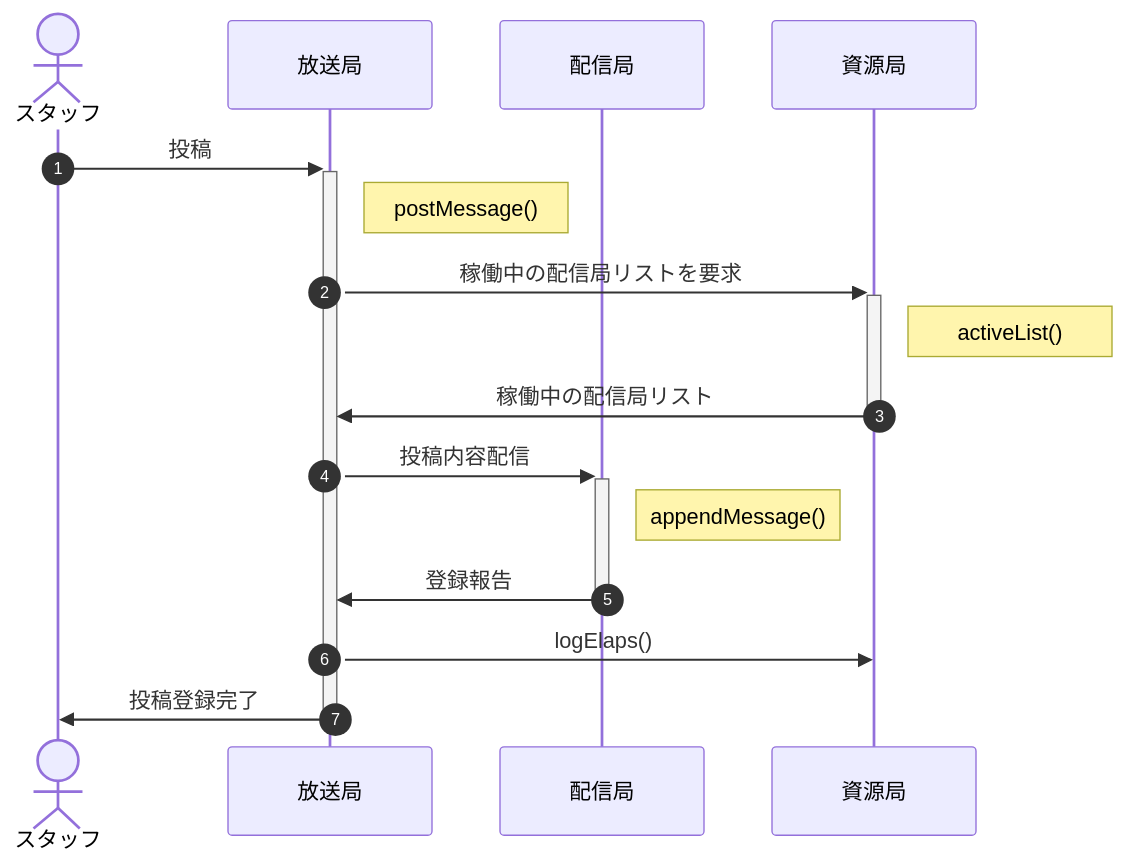
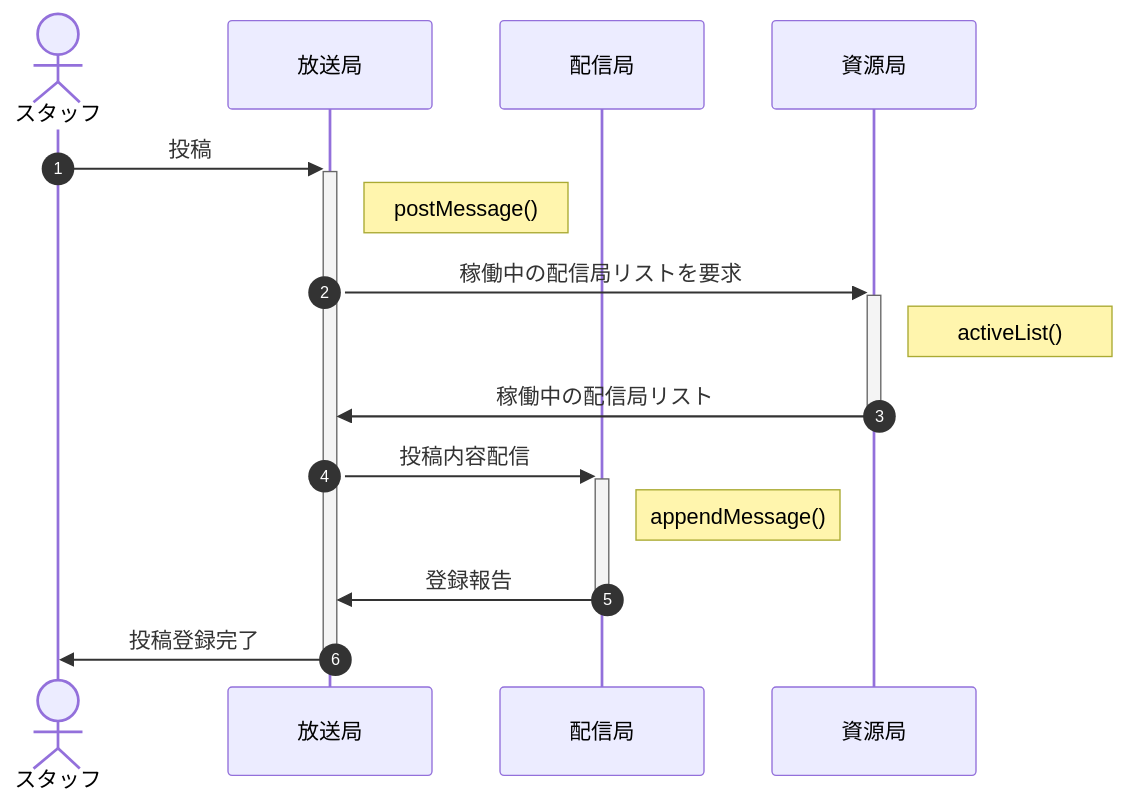
The fifth of 7 diagrams in doc/server.md (nakaone/EventStaff), drawn with Mermaid before and after one commit. The commit also changed other lines of this file and 1 other file, not shown here.

````diff
--- a/doc/server.md
+++ b/doc/server.md
@@ -229,19 +226,18 @@
 ```mermaid
 sequenceDiagram
   autonumber
   actor staff as スタッフ
   participant broad as 放送局
   participant agent as 配信局
   participant agency as 資源局
 
   staff ->>+ broad : 投稿
   Note right of broad : postMessage()
   broad ->>+ agency : 稼働中の配信局リストを要求
   Note right of agency : activeList()
   agency ->>- broad : 稼働中の配信局リスト
   broad ->>+ agent : 投稿内容配信
   Note right of agent : appendMessage()
   agent ->>- broad : 登録報告
-  broad ->> agency : logElaps()
   broad ->>- staff : 投稿登録完了
 ```
````
